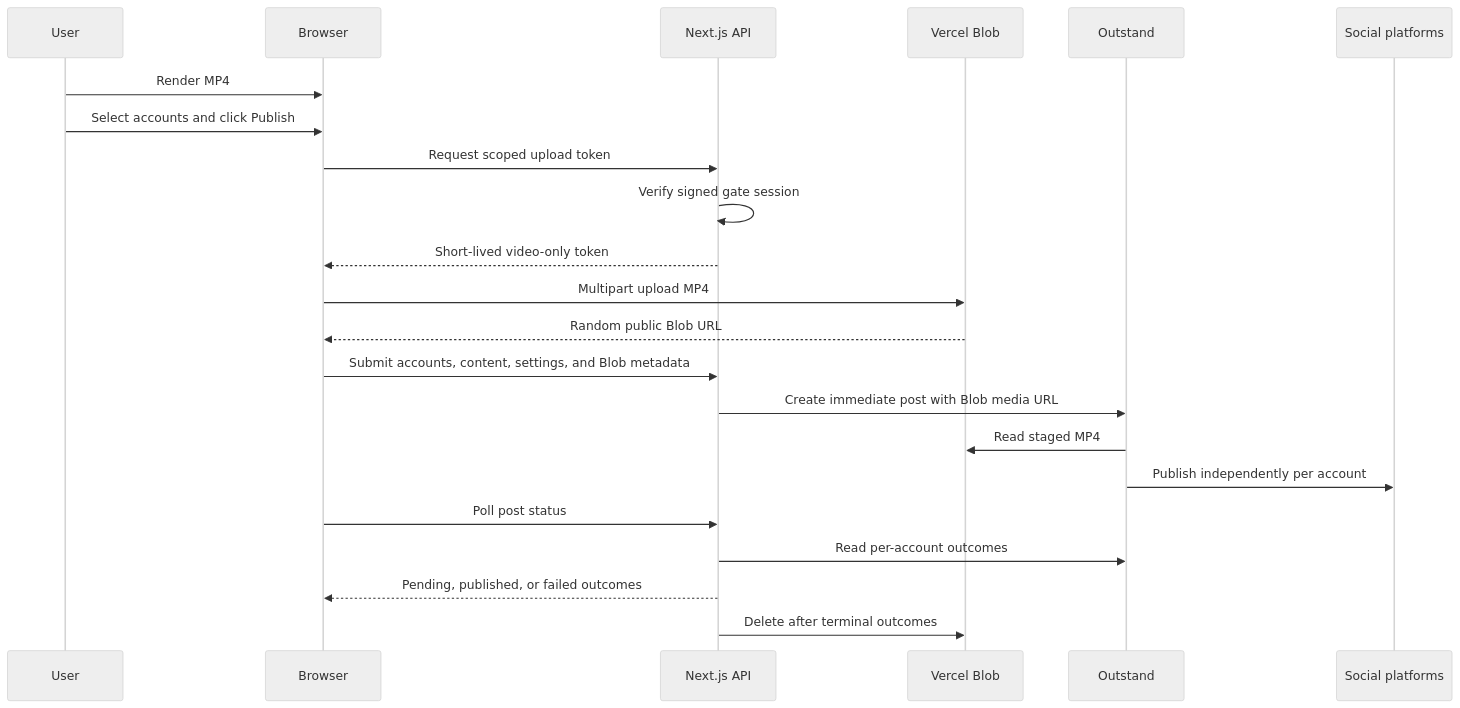
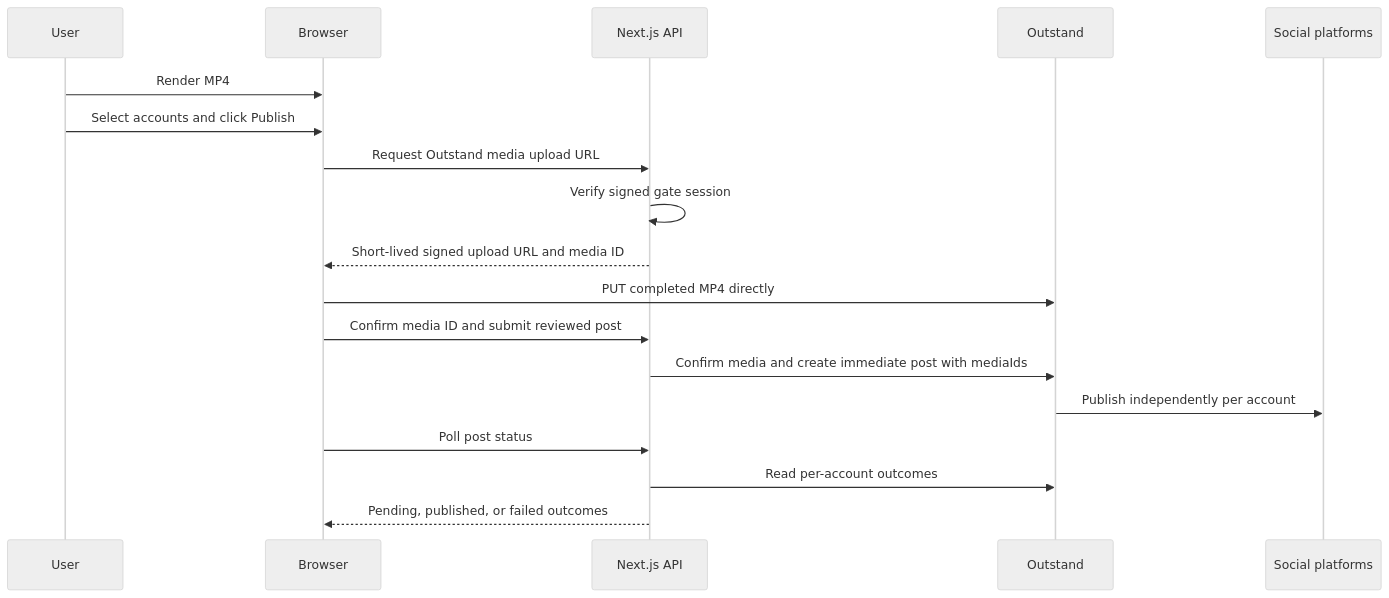
The diagram in plan/feature-outstand-social-publishing-1.md (SatishPaul/fragomen-mobility), drawn with Mermaid (neutral theme) before and after one commit. The commit also changed other lines of this file, not shown here.

First line of the commit message:
docs: align publishing architecture

````diff
--- a/plan/feature-outstand-social-publishing-1.md
+++ b/plan/feature-outstand-social-publishing-1.md
@@ -53,25 +67,21 @@
 ```mermaid
 sequenceDiagram
     participant User
     participant Browser
     participant App as Next.js API
-    participant Blob as Vercel Blob
     participant Outstand
     participant Social as Social platforms
 
     User->>Browser: Render MP4
     User->>Browser: Select accounts and click Publish
-    Browser->>App: Request scoped upload token
+    Browser->>App: Request Outstand media upload URL
     App->>App: Verify signed gate session
-    App-->>Browser: Short-lived video-only token
-    Browser->>Blob: Multipart upload MP4
-    Blob-->>Browser: Random public Blob URL
-    Browser->>App: Submit accounts, content, settings, and Blob metadata
-    App->>Outstand: Create immediate post with Blob media URL
-    Outstand->>Blob: Read staged MP4
+    App-->>Browser: Short-lived signed upload URL and media ID
+    Browser->>Outstand: PUT completed MP4 directly
+    Browser->>App: Confirm media ID and submit reviewed post
+    App->>Outstand: Confirm media and create immediate post with mediaIds
     Outstand->>Social: Publish independently per account
     Browser->>App: Poll post status
     App->>Outstand: Read per-account outcomes
     App-->>Browser: Pending, published, or failed outcomes
-    App->>Blob: Delete after terminal outcomes
 ```
````
